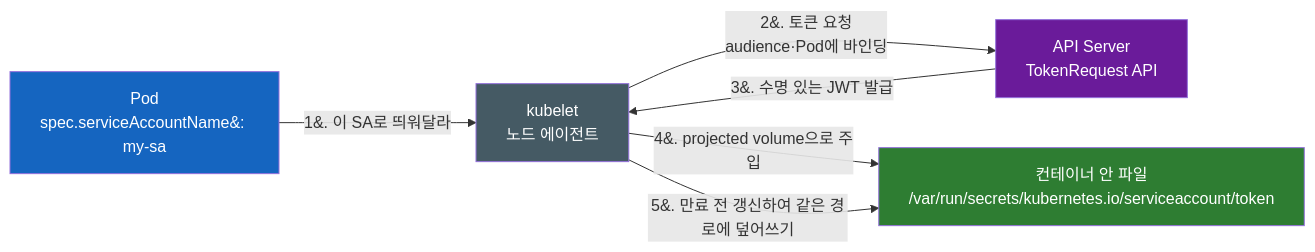
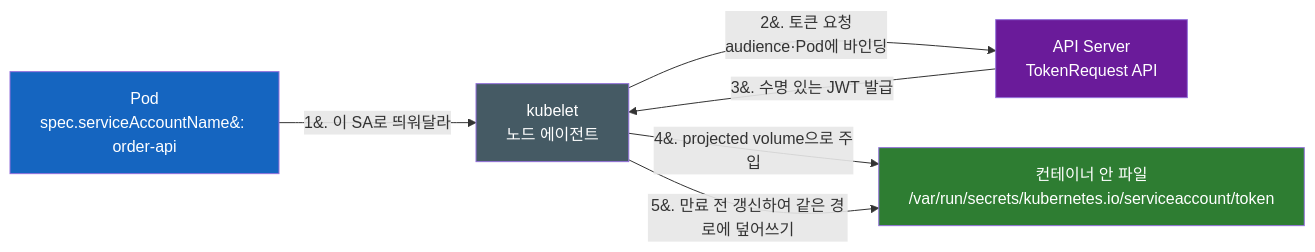
Before and after one commit to sskim91/TIL: the second of 3 diagrams in kubernetes/Kubernetes-ServiceAccount-RBAC.md, drawn with Mermaid. The commit also changed other lines of this file and 39 other files, not shown here.

````diff
--- a/kubernetes/Kubernetes-ServiceAccount-RBAC.md
+++ b/kubernetes/Kubernetes-ServiceAccount-RBAC.md
@@ -112,18 +116,18 @@
 ```mermaid
 flowchart LR
-    pod["Pod<br>spec.serviceAccountName&#58; my-sa"]
+    pod["Pod<br>spec.serviceAccountName&#58; order-api"]
     kubelet["kubelet<br>노드 에이전트"]
     api["API Server<br>TokenRequest API"]
     file["컨테이너 안 파일<br>/var/run/secrets/kubernetes.io/serviceaccount/token"]
 
     pod -->|"1&#46; 이 SA로 띄워달라"| kubelet
     kubelet -->|"2&#46; 토큰 요청<br>audience·Pod에 바인딩"| api
     api -->|"3&#46; 수명 있는 JWT 발급"| kubelet
     kubelet -->|"4&#46; projected volume으로 주입"| file
     kubelet -->|"5&#46; 만료 전 갱신하여 같은 경로에 덮어쓰기"| file
 
     style pod fill:#1565C0,color:#fff
     style api fill:#6A1B9A,color:#fff
     style file fill:#2E7D32,color:#fff
     style kubelet fill:#455A64,color:#fff
 ```
````
